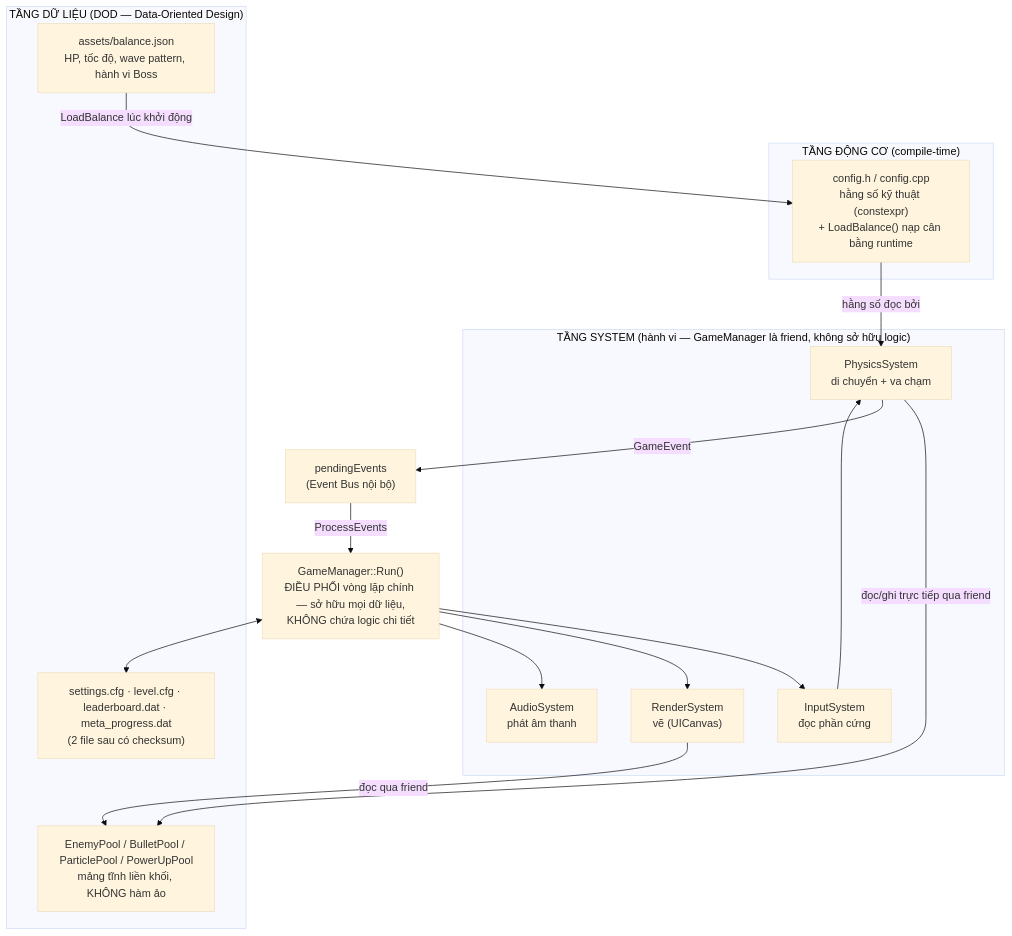
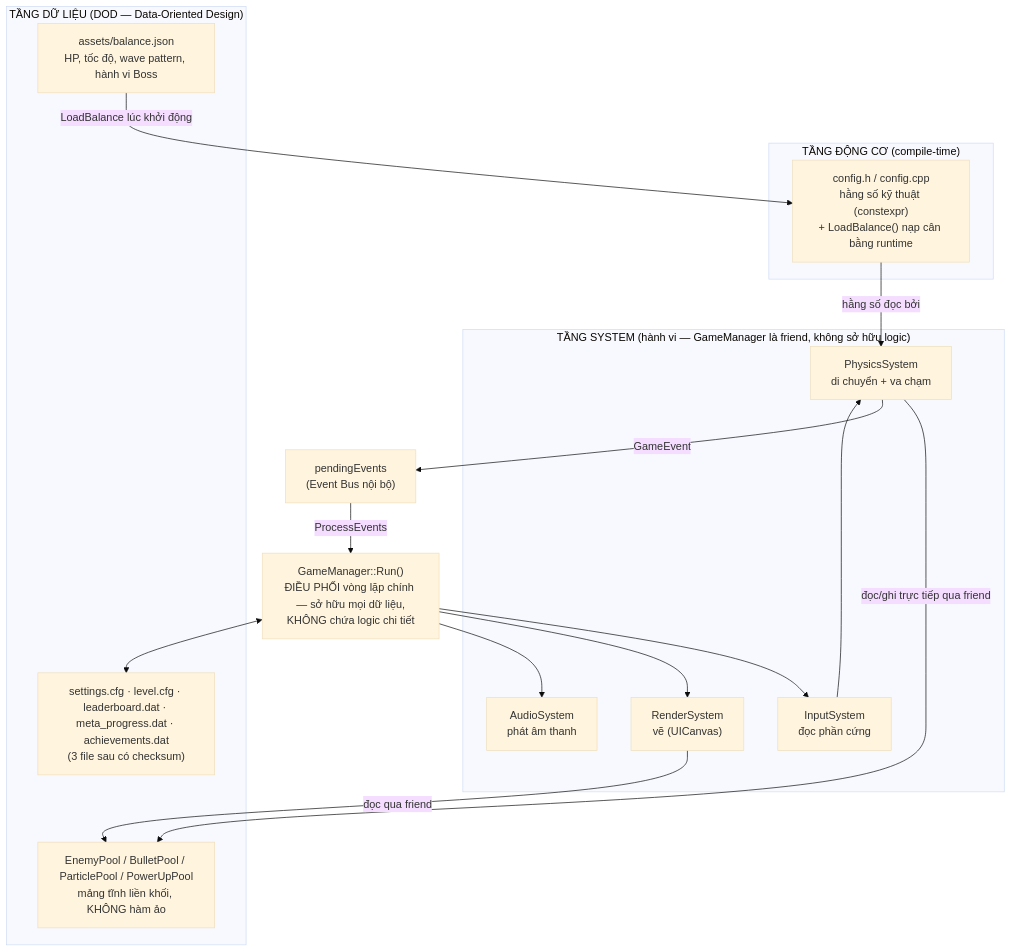
Before and after one commit to luchub-19/vibeKing: the first of 3 diagrams in ARCHITECTURE.md, drawn with Mermaid (base theme). The commit also changed other lines of this file and 18 other files, not shown here.

````diff
--- a/ARCHITECTURE.md
+++ b/ARCHITECTURE.md
@@ -13,31 +13,31 @@
 ```mermaid
 flowchart TB
     subgraph ENGINE["TẦNG ĐỘNG CƠ (compile-time)"]
         Config["config.h / config.cpp<br/>hằng số kỹ thuật (constexpr)<br/>+ LoadBalance() nạp cân bằng runtime"]
     end
 
     subgraph DATA["TẦNG DỮ LIỆU (DOD — Data-Oriented Design)"]
         Pools["EnemyPool / BulletPool / ParticlePool / PowerUpPool<br/>mảng tĩnh liền khối, KHÔNG hàm ảo"]
         Balance["assets/balance.json<br/>HP, tốc độ, wave pattern, hành vi Boss"]
-        Saves["settings.cfg · level.cfg · leaderboard.dat · meta_progress.dat<br/>(2 file sau có checksum)"]
+        Saves["settings.cfg · level.cfg · leaderboard.dat · meta_progress.dat · achievements.dat<br/>(3 file sau có checksum)"]
     end
 
     subgraph SYSTEMS["TẦNG SYSTEM (hành vi — GameManager là friend, không sở hữu logic)"]
         Input["InputSystem<br/>đọc phần cứng"]
         Physics["PhysicsSystem<br/>di chuyển + va chạm"]
         Render["RenderSystem<br/>vẽ (UICanvas)"]
         Audio["AudioSystem<br/>phát âm thanh"]
     end
 
     GM["GameManager::Run()<br/>ĐIỀU PHỐI vòng lặp chính — sở hữu mọi dữ liệu,<br/>KHÔNG chứa logic chi tiết"]
 
     Balance -->|LoadBalance lúc khởi động| Config
     Config -->|hằng số đọc bởi| Physics
     GM --> Input --> Physics
     Physics -->|đọc/ghi trực tiếp qua friend| Pools
     Physics -->|GameEvent| EventQueue["pendingEvents<br/>(Event Bus nội bộ)"]
     EventQueue -->|ProcessEvents| GM
     GM --> Render -->|đọc qua friend| Pools
     GM --> Audio
     GM <--> Saves
 ```
````
